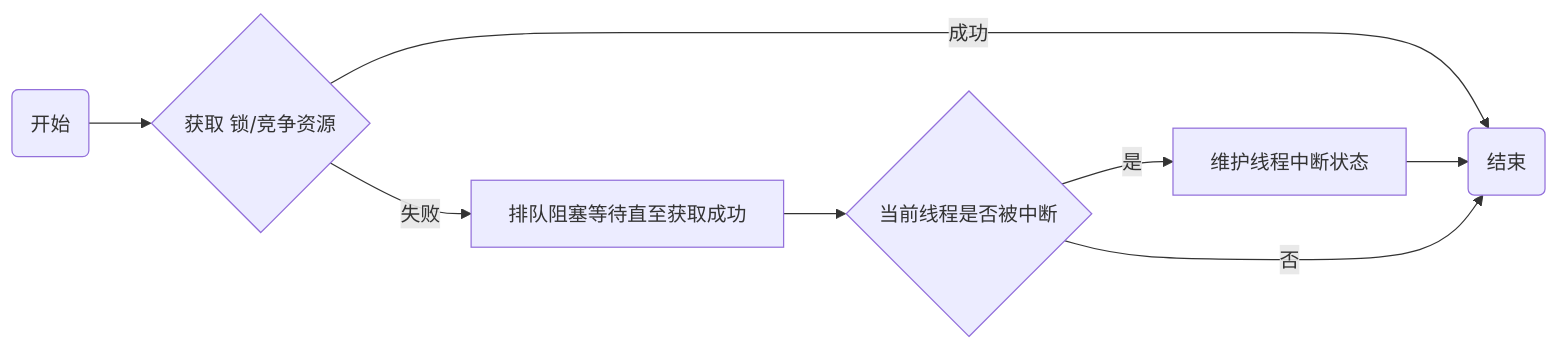
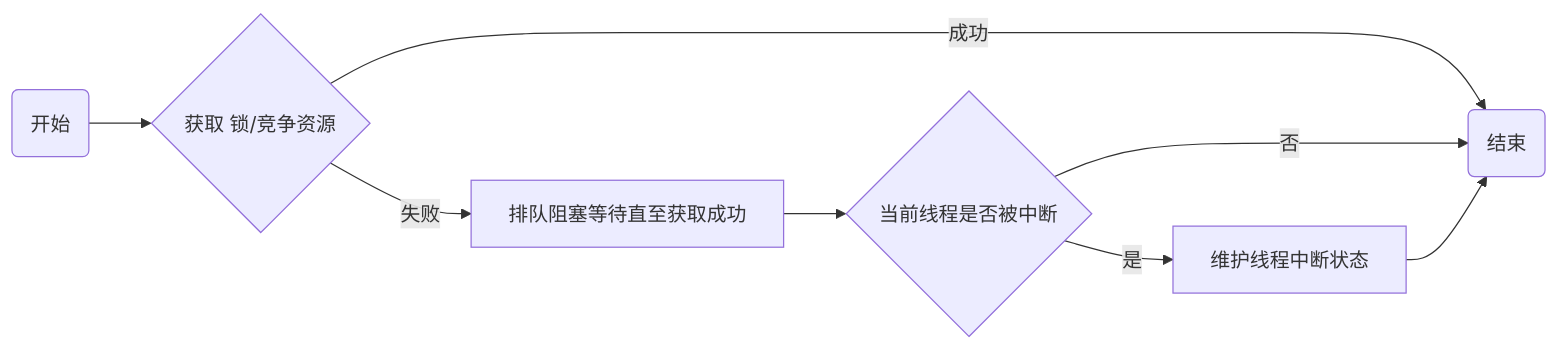
Before and after one commit to gittauros/kaleido-palutena: the second of 2 diagrams in java/javaAqsLearn1.md, drawn with Mermaid. The commit also changed other lines of this file, not shown here.

````diff
--- a/java/javaAqsLearn1.md
+++ b/java/javaAqsLearn1.md
@@ -85,17 +85,17 @@
 ```mermaid
 graph LR
 st(开始)
 e(结束)
 tryLock{获取 锁/竞争资源}
 isInterrupt{当前线程是否被中断}
 queued[排队阻塞等待直至获取成功]
 interrupt[维护线程中断状态]
 
 st --> tryLock
 tryLock -->|成功| e
 tryLock -->|失败| queued
 queued --> isInterrupt
 isInterrupt -->|是| interrupt
+isInterrupt -->|否| e
 interrupt --> e
-isInterrupt -->|否| e
 ```
````
